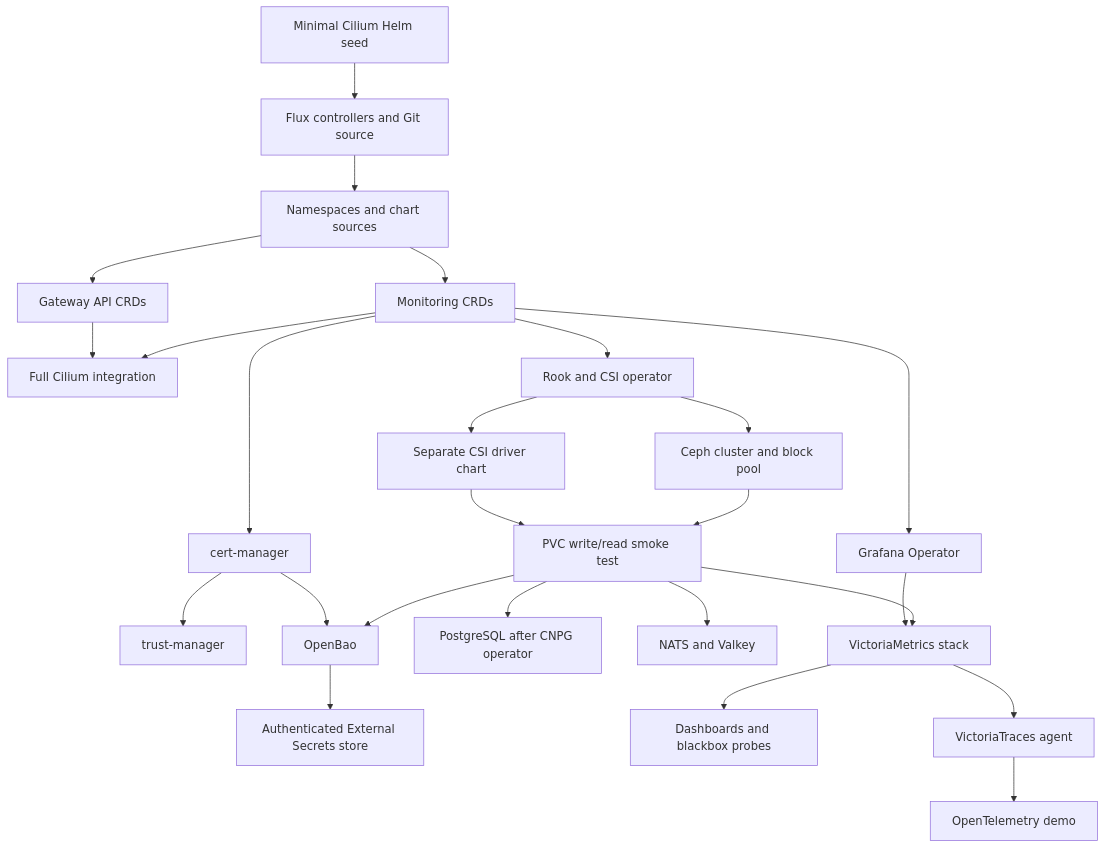
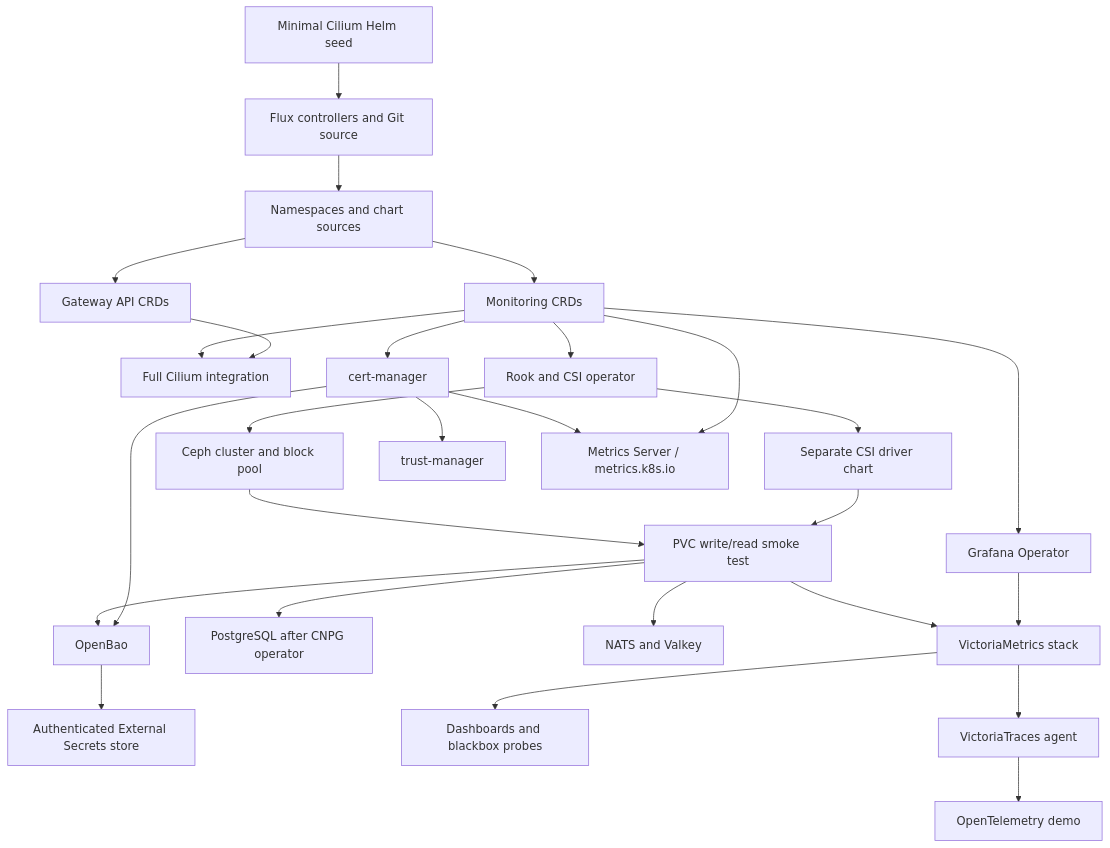
The diagram in flux/docs/architecture/deployment-order.md (starlisquit/codex-monorepo), drawn with Mermaid before and after one commit. The commit also changed other lines of this file and 12 other files, not shown here.

Commit message:
Add Metrics Server templates and platform Metrics API readiness gate

````diff
--- a/flux/docs/architecture/deployment-order.md
+++ b/flux/docs/architecture/deployment-order.md
@@ -12,27 +12,29 @@
 ```mermaid
 flowchart TD
   Seed[Minimal Cilium Helm seed] --> Flux[Flux controllers and Git source]
   Flux --> Foundation[Namespaces and chart sources]
   Foundation --> Monitoring[Monitoring CRDs]
   Foundation --> Gateway[Gateway API CRDs]
   Monitoring --> Cilium[Full Cilium integration]
   Gateway --> Cilium
   Monitoring --> Rook[Rook and CSI operator]
   Rook --> Ceph[Ceph cluster and block pool]
   Rook --> CSI[Separate CSI driver chart]
   Ceph --> Storage[PVC write/read smoke test]
   CSI --> Storage
   Monitoring --> Grafana[Grafana Operator]
   Monitoring --> Certs[cert-manager]
   Certs --> Trust[trust-manager]
+  Certs --> Metrics[Metrics Server / metrics.k8s.io]
+  Monitoring --> Metrics
   Storage --> VM[VictoriaMetrics stack]
   Grafana --> VM
   Storage --> PG[PostgreSQL after CNPG operator]
   Storage --> NATS[NATS and Valkey]
   Storage --> Bao[OpenBao]
   Certs --> Bao
   Bao --> ESO[Authenticated External Secrets store]
   VM --> Dashboards[Dashboards and blackbox probes]
   VM --> Traces[VictoriaTraces agent]
   Traces --> Demo[OpenTelemetry demo]
 ```
````
